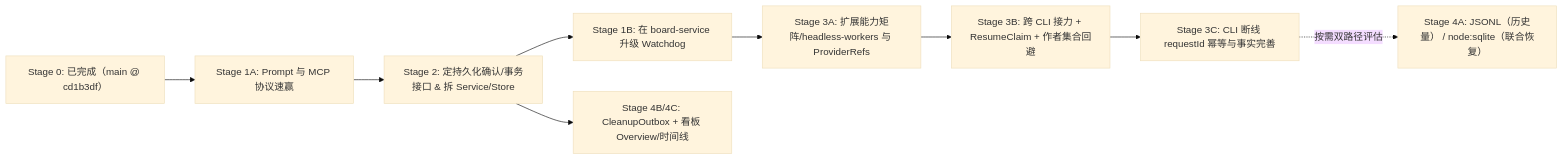
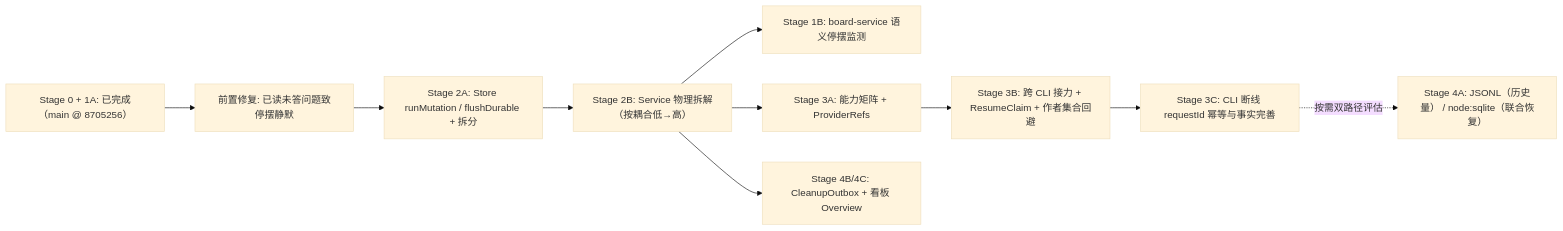
Before and after one commit to AhakeyAI/ahastudio: the diagram in docs/orchestration-upgrade-roadmap.md, drawn with Mermaid (base theme). The commit also changed other lines of this file, not shown here.

First line of the commit message:
docs(orchestration): update roadmap to v6 on the 8705256 baseline

````diff
--- a/docs/orchestration-upgrade-roadmap.md
+++ b/docs/orchestration-upgrade-roadmap.md
@@ -65,11 +65,12 @@
 ```mermaid
 flowchart LR
-    S0["Stage 0: 已完成（main @ cd1b3df）"] --> S1A["Stage 1A: Prompt 与 MCP 协议速赢"]
-    S1A --> S2["Stage 2: 定持久化确认/事务接口 & 拆 Service/Store"]
-    S2 --> S1B["Stage 1B: 在 board-service 升级 Watchdog"]
-    S1B --> S3A["Stage 3A: 扩展能力矩阵/headless-workers 与 ProviderRefs"]
+    S0["Stage 0 + 1A: 已完成（main @ 8705256）"] --> SF["前置修复: 已读未答问题致停摆静默"]
+    SF --> S2A["Stage 2A: Store runMutation / flushDurable + 拆分"]
+    S2A --> S2B["Stage 2B: Service 物理拆解（按耦合低→高）"]
+    S2B --> S1B["Stage 1B: board-service 语义停摆监测"]
+    S2B --> S3A["Stage 3A: 能力矩阵 + ProviderRefs"]
+    S2B --> S4BC["Stage 4B/4C: CleanupOutbox + 看板 Overview"]
     S3A --> S3B["Stage 3B: 跨 CLI 接力 + ResumeClaim + 作者集合回避"]
     S3B --> S3C["Stage 3C: CLI 断线 requestId 幂等与事实完善"]
-    S2 --> S4BC["Stage 4B/4C: CleanupOutbox + 看板 Overview/时间线"]
     S3C -. "按需双路径评估" .-> S4A["Stage 4A: JSONL（历史量） / node:sqlite（联合恢复）"]
 ```
````
